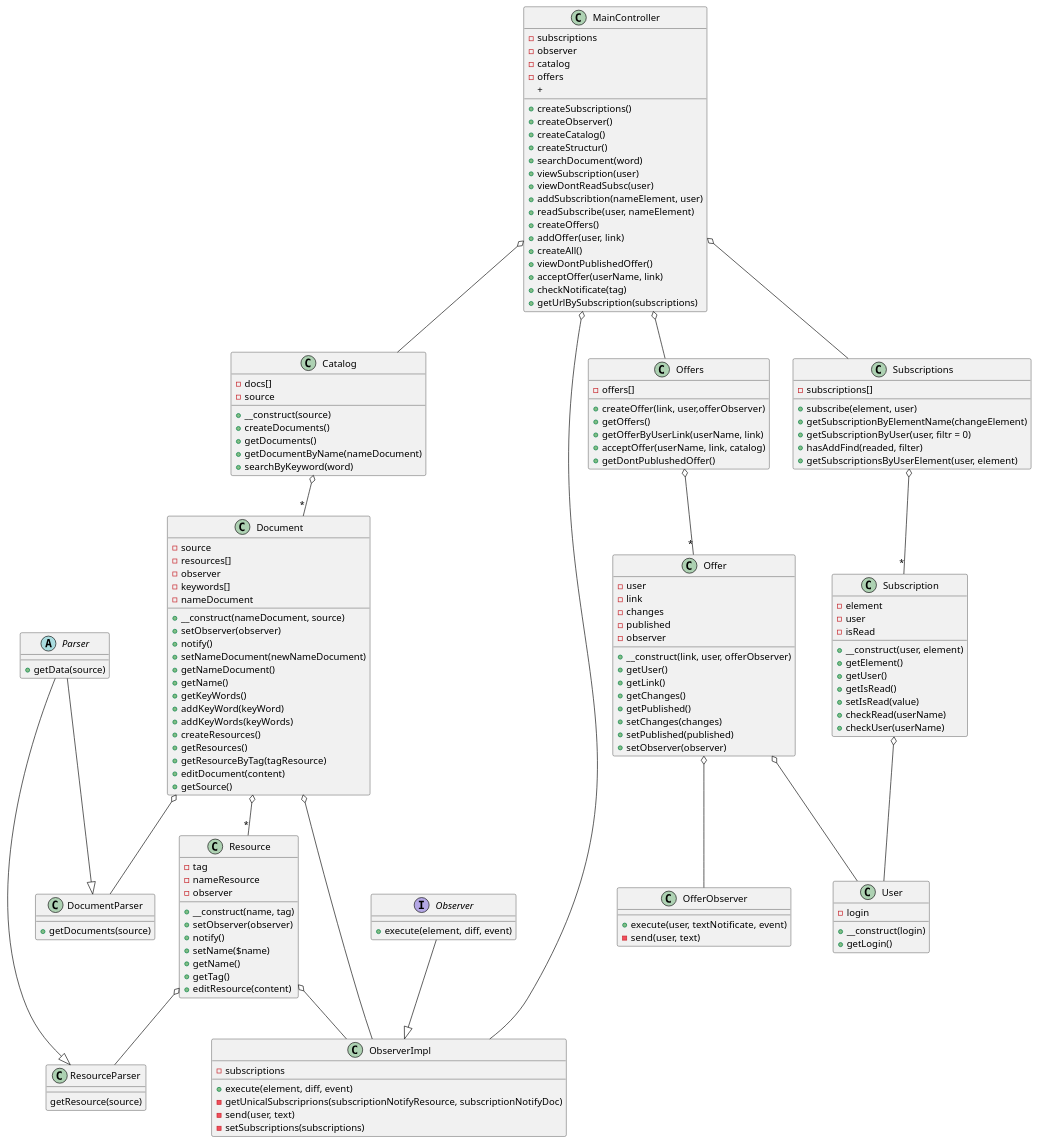
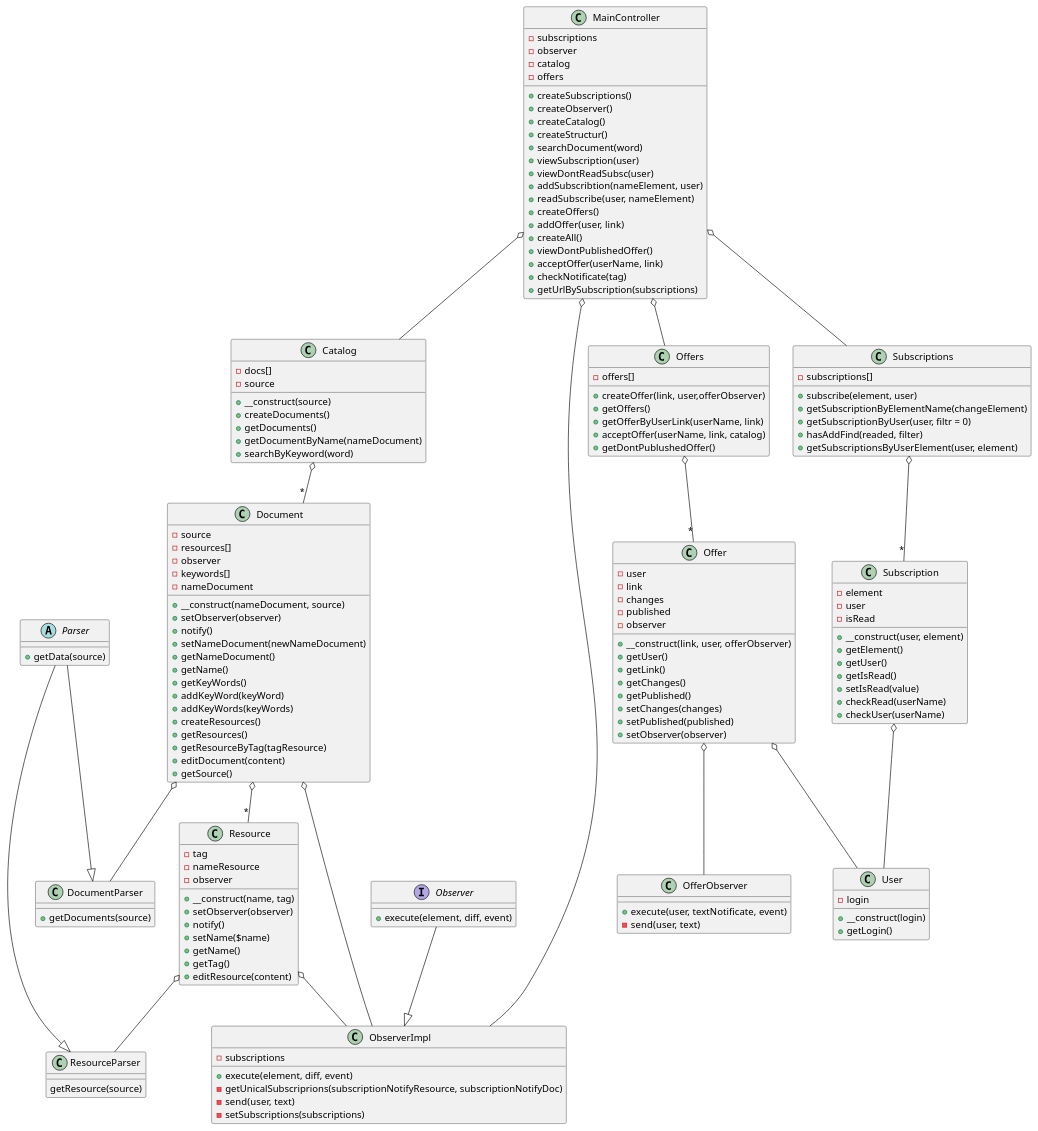
One commit to ilb/knowledgebase changed the diagram in docs/newDiagramProject.puml. Above: the diagram before and after it, drawn with PlantUML.

Commit message:
изменения

```diff
--- a/docs/newDiagramProject.puml
+++ b/docs/newDiagramProject.puml
@@ -1,171 +1,170 @@
 @startuml
 class Catalog {
     - docs[]
     - source
     + __construct(source)
     + createDocuments()
     + getDocuments()
     + getDocumentByName(nameDocument)
     + searchByKeyword(word)
 }
 
 class Document {
     - source
     - resources[]
     - observer
     - keywords[]
     - nameDocument
     + __construct(nameDocument, source)
     + setObserver(observer)
     + notify()
     + setNameDocument(newNameDocument)
     + getNameDocument()
     + getName()
     + getKeyWords()
     + addKeyWord(keyWord)
     + addKeyWords(keyWords)
     + createResources()
     + getResources()
     + getResourceByTag(tagResource)
     + editDocument(content)
     + getSource()
 }
 
 interface Observer {
     + execute(element, diff, event)
 } 
 
 class ObserverImpl {
     - subscriptions
     + execute(element, diff, event)
     - getUnicalSubscriprions(subscriptionNotifyResource, subscriptionNotifyDoc)
     - send(user, text)
     - setSubscriptions(subscriptions)
 }
 
 class OfferObserver {
     + execute(user, textNotificate, event)
     - send(user, text)
 }
 
 class Offer {
     - user
     - link
     - changes
     - published
     - observer
     + __construct(link, user, offerObserver)
     + getUser()
     + getLink()
     + getChanges()
     + getPublished()
     + setChanges(changes)
     + setPublished(published)  
     + setObserver(observer)
 }
 
 class Offers {
     - offers[] 
     + createOffer(link, user,offerObserver)
     + getOffers()
     + getOfferByUserLink(userName, link)
     + acceptOffer(userName, link, catalog)
     + getDontPublushedOffer()
 }
 
 class DocumentParser {
     + getDocuments(source)
 }
 
 abstract class Parser {
     + getData(source)
 }
 
 class ResourceParser {
     getResource(source) 
 }
 
 class Resource {
     - tag
     - nameResource
     - observer
     + __construct(name, tag)
     + setObserver(observer)
     + notify()
     + setName($name)
     + getName()
     + getTag()
     + editResource(content)
 }
 
 class Subscription {
     - element
     - user
     - isRead
     + __construct(user, element)
     + getElement()
     + getUser() 
     + getIsRead()
     + setIsRead(value)
     + checkRead(userName)
     + checkUser(userName)
 }
 
 class Subscriptions {
     - subscriptions[]
     + subscribe(element, user)
     + getSubscriptionByElementName(changeElement)
     + getSubscriptionByUser(user, filtr = 0)
     + hasAddFind(readed, filter)
     + getSubscriptionsByUserElement(user, element)
 }
 
 class User {
     - login
     + __construct(login)
     + getLogin()
 }
 
 class MainController {
     - subscriptions
     - observer
     - catalog
     - offers
     + createSubscriptions()
     + createObserver() 
     + createCatalog()
     + createStructur()
     + searchDocument(word)
     + viewSubscription(user)
     + viewDontReadSubsc(user)
     + addSubscribtion(nameElement, user)
     + readSubscribe(user, nameElement)
     + createOffers()
     + addOffer(user, link)
     + createAll()
     + viewDontPublishedOffer()
     + acceptOffer(userName, link)
     + checkNotificate(tag)
     + getUrlBySubscription(subscriptions)
-    + 
 }
 
 Observer --|> ObserverImpl
 Parser --|> DocumentParser
 Parser --|> ResourceParser
 Catalog o-- "*" Document
 Document o-- "*" Resource
 Document o-- ObserverImpl
 Document o-- DocumentParser
 Resource o-- ResourceParser
 Resource o-- ObserverImpl
 Subscriptions o-- "*" Subscription
 Subscription o-- User
 Offers o-- "*" Offer
 Offer o-- User
 Offer o-- OfferObserver
 MainController o-- ObserverImpl
 MainController o-- Catalog
 MainController o-- Subscriptions
 MainController o-- Offers
 @enduml
```
